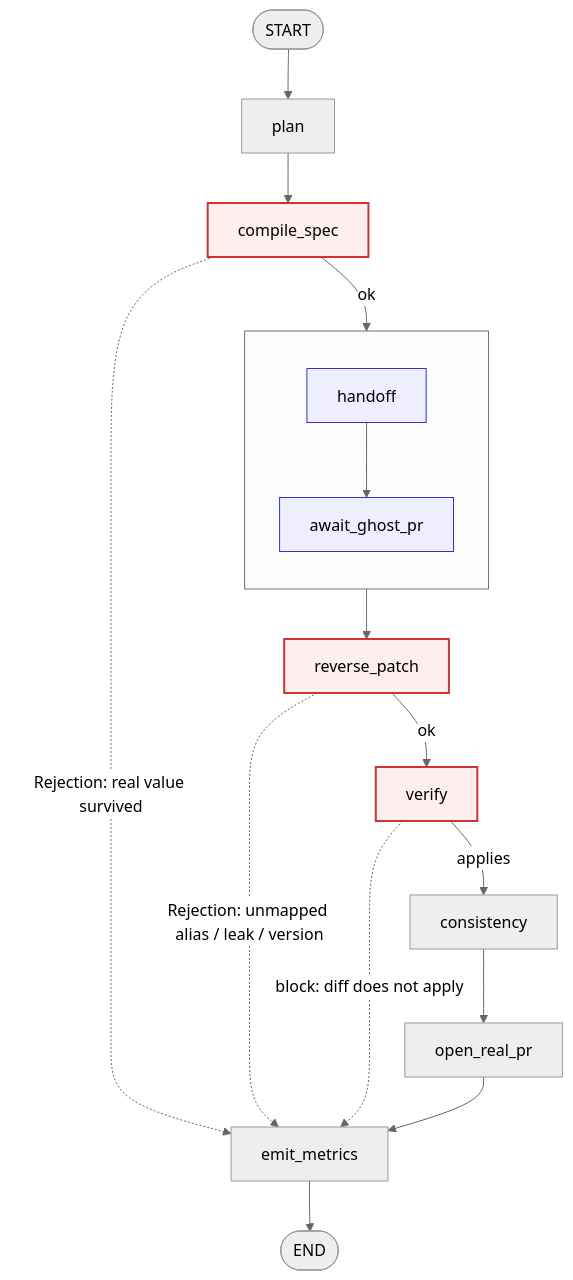
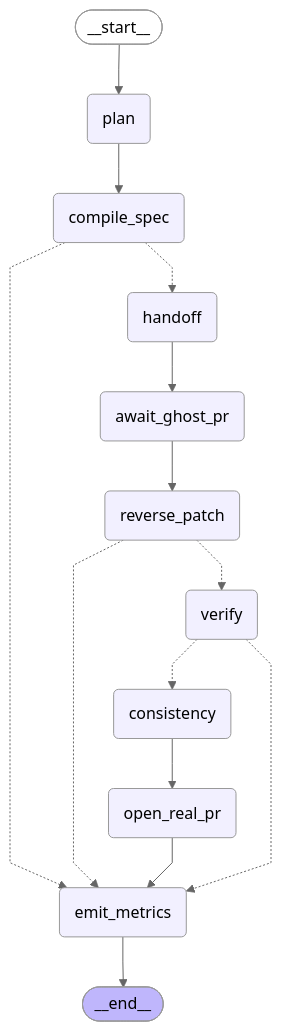
One commit to mastrobardo/micro1hackaton changed the first of 2 diagrams in client_agent/graph.md. Above: the diagram before and after it, drawn with Mermaid (neutral theme). The commit also changed other lines of this file and 27 other files, not shown here.

Commit message:
005: client to consultancy agents flow

````diff
--- a/client_agent/graph.md
+++ b/client_agent/graph.md
@@ -8,32 +7,36 @@
 ```mermaid
-flowchart TD
-    START([START]) --> plan
-    plan --> compile_spec
+---
+config:
+  flowchart:
+    curve: linear
+---
+graph TD;
+	__start__([<p>__start__</p>]):::first
+	plan(plan)
+	compile_spec(compile_spec)
+	handoff(handoff)
+	await_ghost_pr(await_ghost_pr)
+	reverse_patch(reverse_patch)
+	verify(verify)
+	consistency(consistency)
+	open_real_pr(open_real_pr)
+	emit_metrics(emit_metrics)
+	__end__([<p>__end__</p>]):::last
+	__start__ --> plan;
+	await_ghost_pr --> reverse_patch;
+	compile_spec -.-> emit_metrics;
+	compile_spec -.-> handoff;
+	consistency --> open_real_pr;
+	handoff --> await_ghost_pr;
+	open_real_pr --> emit_metrics;
+	plan --> compile_spec;
+	reverse_patch -.-> emit_metrics;
+	reverse_patch -.-> verify;
+	verify -.-> consistency;
+	verify -.-> emit_metrics;
+	emit_metrics --> __end__;
+	classDef default fill:#f2f0ff,line-height:1.2
+	classDef first fill-opacity:0
+	classDef last fill:#bfb6fc
 
-    compile_spec -->|ok| handoff
-    compile_spec -.->|Rejection: real value survived| emit_metrics
-
-    handoff --> await_ghost_pr
-    await_ghost_pr --> reverse_patch
-
-    reverse_patch -->|ok| verify
-    reverse_patch -.->|Rejection: unmapped alias / leak / version| emit_metrics
-
-    verify -->|applies| consistency
-    verify -.->|block: diff does not apply| emit_metrics
-
-    consistency --> open_real_pr
-    open_real_pr --> emit_metrics
-    emit_metrics --> STOP([END])
-
-    subgraph boundary [" "]
-        direction TB
-        handoff
-        await_ghost_pr
-    end
-
-    classDef gate fill:#fee,stroke:#c33,stroke-width:2px;
-    classDef cross fill:#eef,stroke:#33c;
-    class compile_spec,reverse_patch,verify gate;
-    class handoff,await_ghost_pr cross;
 ```
````
